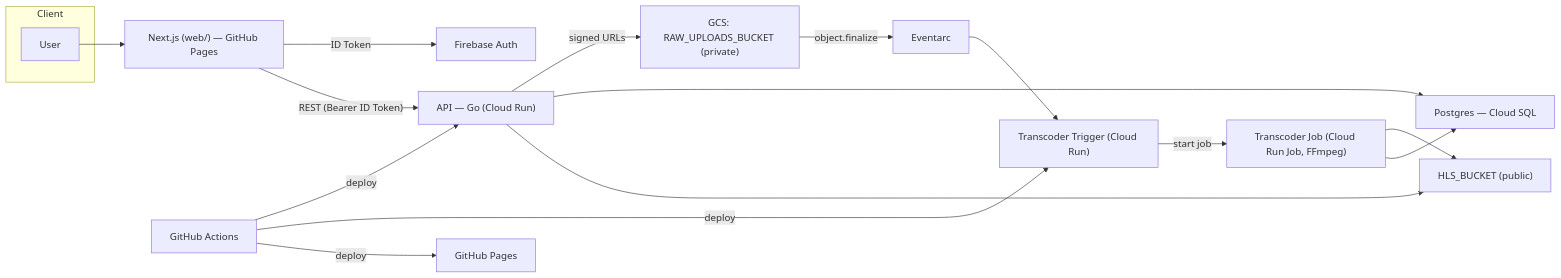
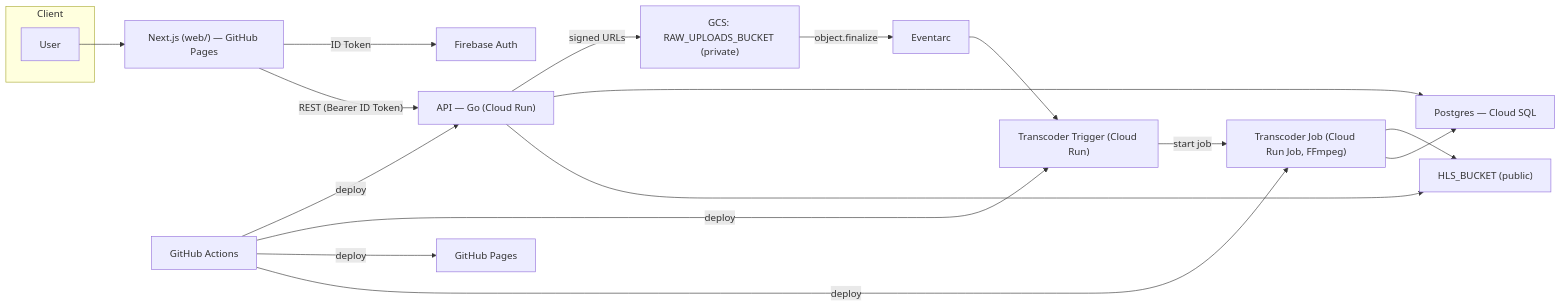
Before and after one commit to ai-teammate/mytube: the first of 4 diagrams in README.md, drawn with Mermaid. The commit also changed other lines of this file, not shown here.

Commit message:
docs: add Transcoder deploy edges to architecture diagrams
Address Copilot review comments on PR #378.

````diff
--- a/README.md
+++ b/README.md
@@ -17,20 +17,21 @@
 ```mermaid
 flowchart LR
   subgraph "Client"
     U["User"]
   end
   U --> Browser["Next.js (web/) — GitHub Pages"]
   Browser -->|"ID Token"| Firebase["Firebase Auth"]
   Browser -->|"REST (Bearer ID Token)"| API["API — Go (Cloud Run)"]
   API -->|"signed URLs"| GCS_RAW["GCS: RAW_UPLOADS_BUCKET (private)"]
   GCS_RAW -->|"object.finalize"| Eventarc["Eventarc"]
   Eventarc --> Trigger["Transcoder Trigger (Cloud Run)"]
   Trigger -->|"start job"| Transcoder["Transcoder Job (Cloud Run Job, FFmpeg)"]
   Transcoder --> GCS_HLS["HLS_BUCKET (public)"]
   Transcoder --> DB["Postgres — Cloud SQL"]
   API --> DB
   API --> GCS_HLS
   GitHubActions["GitHub Actions"] -->|"deploy"| API
   GitHubActions -->|"deploy"| Trigger
   GitHubActions -->|"deploy"| Pages["GitHub Pages"]
+  GitHubActions -->|"deploy"| Transcoder
 ```
````
